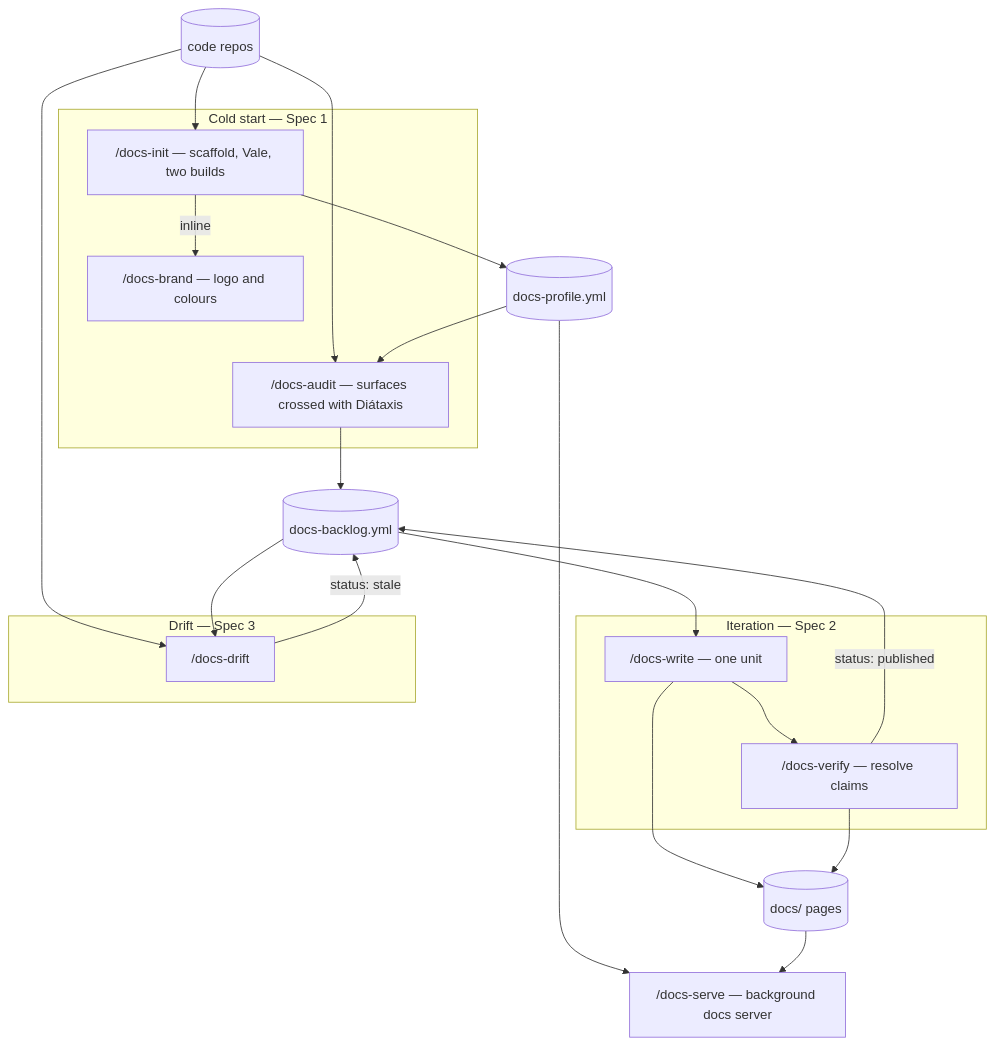
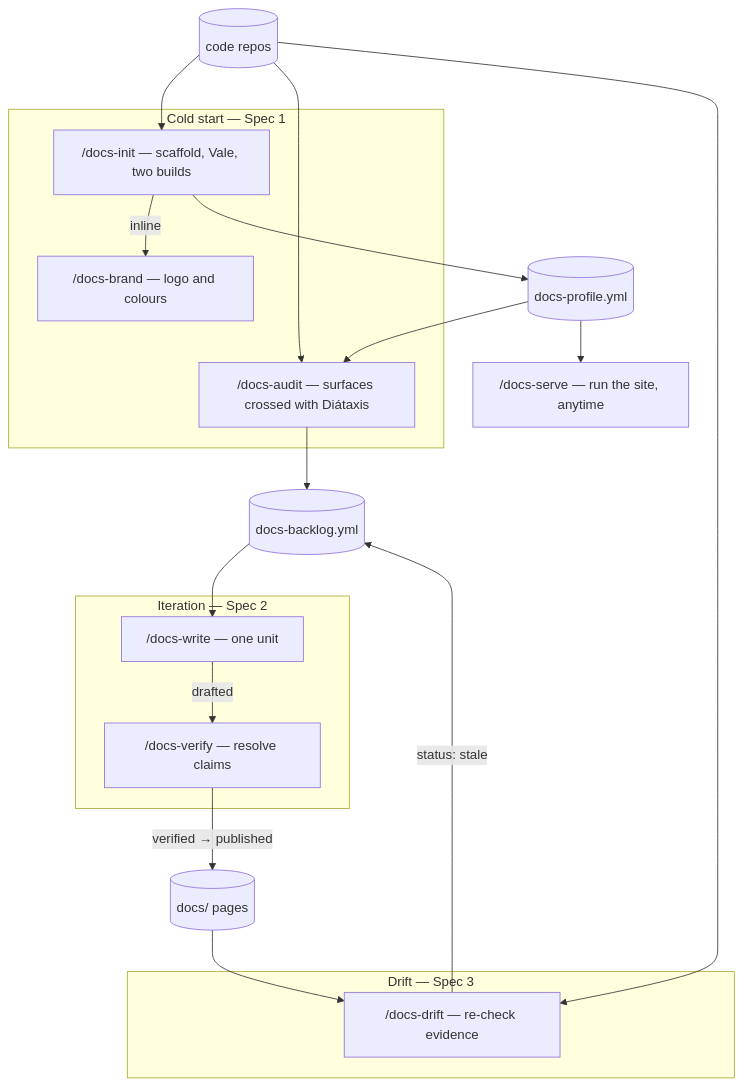
One commit to ihudak/ihudak-claude-plugins changed the first of 3 diagrams in docs/superpowers/specs/2026-08-29-docs-workflow-family-design.md. Above: the diagram before and after it, drawn with Mermaid. The commit also changed other lines of this file, not shown here.

Commit message:
docs(specs): fix the family diagram layout after render-verifying it
Rendering the diagrams for the first time showed the family diagram read
1 -> 3 -> 2: Drift landed bottom-left while Iteration landed bottom-right, and
two edges swept across the whole figure. Restructured so the three specs rank
top to bottom in order, the drift loop closes onto the backlog as a short back
edge, and /docs-serve hangs off the profile instead of trailing the pipeline —
which is what the prose already claimed about it being a utility rather than a
stage. The one long edge left, code repos -> /docs-drift, is kept deliberately:
without it drift reads as if it only inspects pages, when it re-checks the repos
at HEAD against the recorded ref.

Also corrects the prose under it: the picture is three stages sharing two
artefacts with one loop, not "three loops".

All three diagrams now render, not just parse. The earlier claim that chromium
could not start here was true but incomplete — chrome-headless-shell needed only
libnspr4/libnss3, which unpack into userspace with no root and no system change.

````diff
--- a/docs/superpowers/specs/2026-08-29-docs-workflow-family-design.md
+++ b/docs/superpowers/specs/2026-08-29-docs-workflow-family-design.md
@@ -76,37 +76,39 @@
 ```mermaid
 flowchart TD
     repos[("code repos")]
+
     subgraph COLD["Cold start — Spec 1"]
         init["/docs-init — scaffold, Vale, two builds"]
         brand["/docs-brand — logo and colours"]
         audit["/docs-audit — surfaces crossed with Diátaxis"]
     end
+
+    profile[("docs-profile.yml")]
+    serve["/docs-serve — run the site, anytime"]
+    backlog[("docs-backlog.yml")]
+
     subgraph ITER["Iteration — Spec 2"]
         write["/docs-write — one unit"]
         verify["/docs-verify — resolve claims"]
     end
+
+    pages[("docs/ pages")]
+
     subgraph KEEP["Drift — Spec 3"]
-        drift["/docs-drift"]
+        drift["/docs-drift — re-check evidence"]
     end
-    profile[("docs-profile.yml")]
-    backlog[("docs-backlog.yml")]
-    pages[("docs/ pages")]
-    serve["/docs-serve — background docs server"]
 
     repos --> init
     init -->|inline| brand
     init --> profile
+    profile --> serve
     repos --> audit
     profile --> audit
     audit --> backlog
     backlog --> write
-    write --> pages
-    write --> verify
-    verify --> pages
-    verify -->|"status: published"| backlog
+    write -->|drafted| verify
+    verify -->|"verified → published"| pages
+    pages --> drift
     repos --> drift
-    backlog --> drift
     drift -->|"status: stale"| backlog
-    profile --> serve
-    pages --> serve
 ```
````
